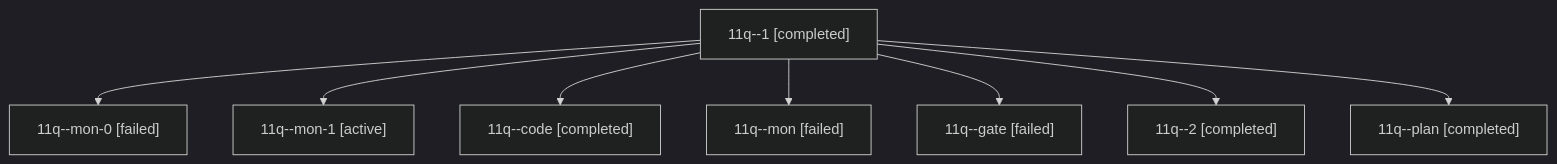
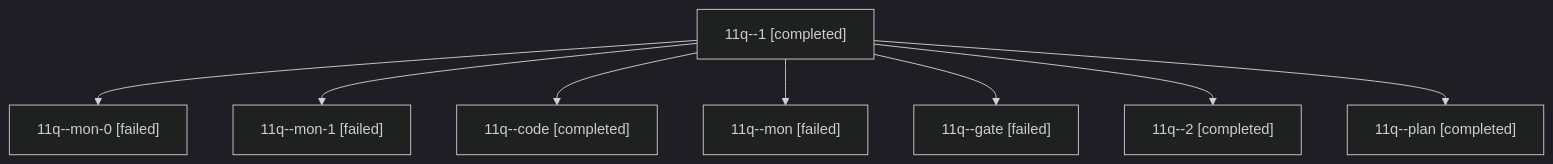
Before and after one commit to bobs-org/bob-cli--agents: the diagram in sessions/bbugyi200.athena.11q.md, drawn with Mermaid (dark theme). The commit also changed other lines of this file and 37 other files, not shown here.

````diff
--- a/sessions/bbugyi200.athena.11q.md
+++ b/sessions/bbugyi200.athena.11q.md
@@ -9,18 +9,18 @@
 ```mermaid
 flowchart TD
   n0["11q--1 [completed]"]
   n1["11q--mon-0 [failed]"]
   n0 --> n1
-  n2["11q--mon-1 [active]"]
+  n2["11q--mon-1 [failed]"]
   n0 --> n2
   n3["11q--code [completed]"]
   n0 --> n3
   n4["11q--mon [failed]"]
   n0 --> n4
   n5["11q--gate [failed]"]
   n0 --> n5
   n6["11q--2 [completed]"]
   n0 --> n6
   n7["11q--plan [completed]"]
   n0 --> n7
 ```
````
